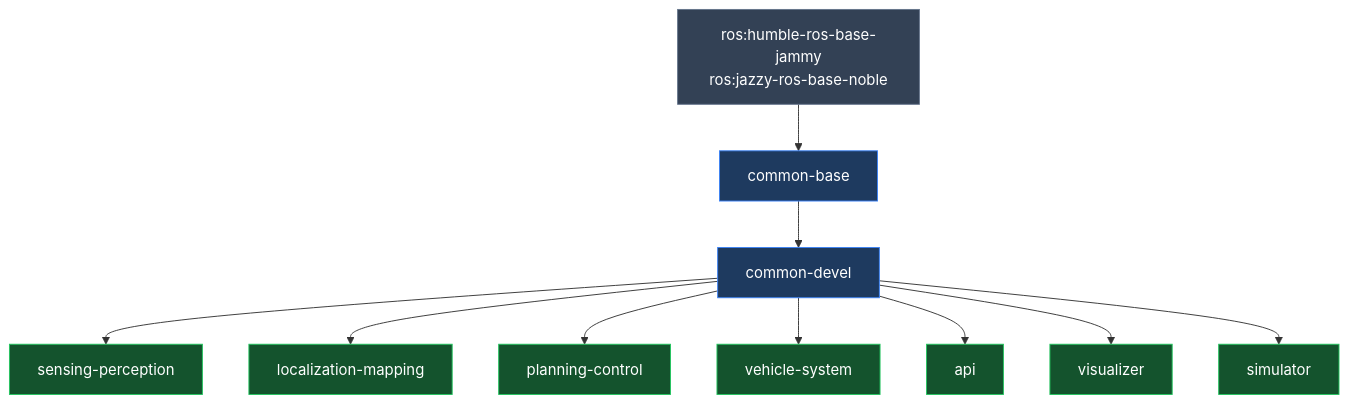
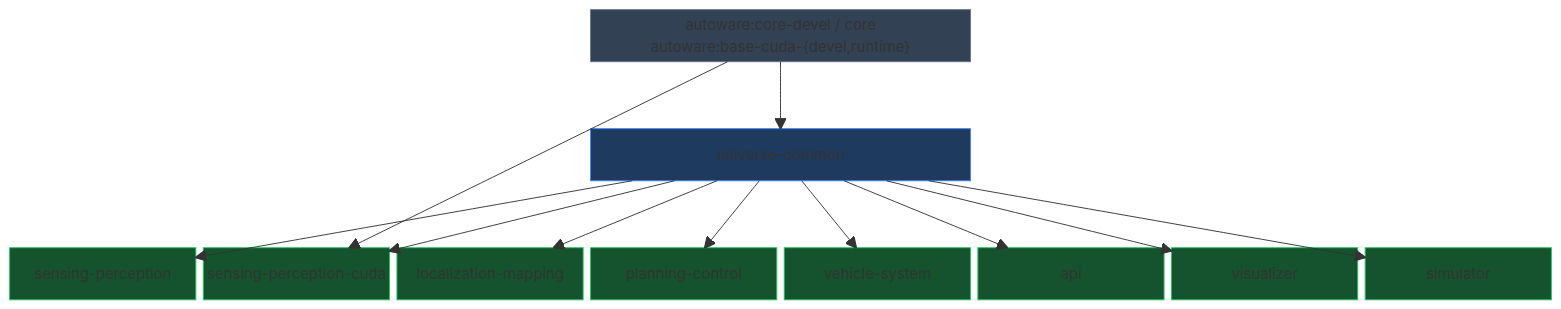
Before and after one commit to autowarefoundation/openadkit: the diagram in components/README.md, drawn with Mermaid. The commit also changed other lines of this file and 22 other files, not shown here.

First line of the commit message:
feat: adopt upstream Autoware base images (#85)

````diff
--- a/components/README.md
+++ b/components/README.md
@@ -9,21 +12,36 @@
 ```mermaid
-flowchart TB
-    ROS["ros:humble-ros-base-jammy<br/>ros:jazzy-ros-base-noble"] --> CB["common-base"]
-    CB --> CD["common-devel"]
+block-beta
+    columns 8
 
-    CD --> SP["sensing-perception"]
-    CD --> LM["localization-mapping"]
-    CD --> PC["planning-control"]
-    CD --> VS["vehicle-system"]
-    CD --> API["api"]
-    CD --> VIZ["visualizer"]
-    CD --> SIM["simulator"]
+    space:3 UP["autoware:core-devel / core<br/>autoware:base-cuda-{devel,runtime}"]:2 space:3
 
-    classDef ros fill:#334155,stroke:#64748b,color:#fff
-    classDef common fill:#1e3a5f,stroke:#3b82f6,color:#fff
-    classDef component fill:#14532d,stroke:#22c55e,color:#fff
+    space:8
 
-    class ROS ros
-    class CB,CD common
-    class SP,LM,PC,VS,API,VIZ,SIM component
+    space:3 UC["universe-common"]:2 space:3
+
+    space:8
+
+    SP["sensing-perception"] SPC["sensing-perception-cuda"] LM["localization-mapping"] PC["planning-control"] VS["vehicle-system"] API["api"] VIZ["visualizer"] SIM["simulator"]
+
+    UP --> UC
+    UC --> SP
+    UC --> LM
+    UC --> PC
+    UC --> VS
+    UC --> API
+    UC --> VIZ
+    UC --> SIM
+    UP --> SPC
+    UC --> SPC
+
+    style UP fill:#334155,stroke:#64748b,color:#e2e8f0
+    style UC fill:#1e3a5f,stroke:#3b82f6,color:#bfdbfe
+    style SP fill:#14532d,stroke:#22c55e,color:#bbf7d0
+    style SPC fill:#14532d,stroke:#22c55e,color:#bbf7d0
+    style LM fill:#14532d,stroke:#22c55e,color:#bbf7d0
+    style PC fill:#14532d,stroke:#22c55e,color:#bbf7d0
+    style VS fill:#14532d,stroke:#22c55e,color:#bbf7d0
+    style API fill:#14532d,stroke:#22c55e,color:#bbf7d0
+    style VIZ fill:#14532d,stroke:#22c55e,color:#bbf7d0
+    style SIM fill:#14532d,stroke:#22c55e,color:#bbf7d0
 ```
````
